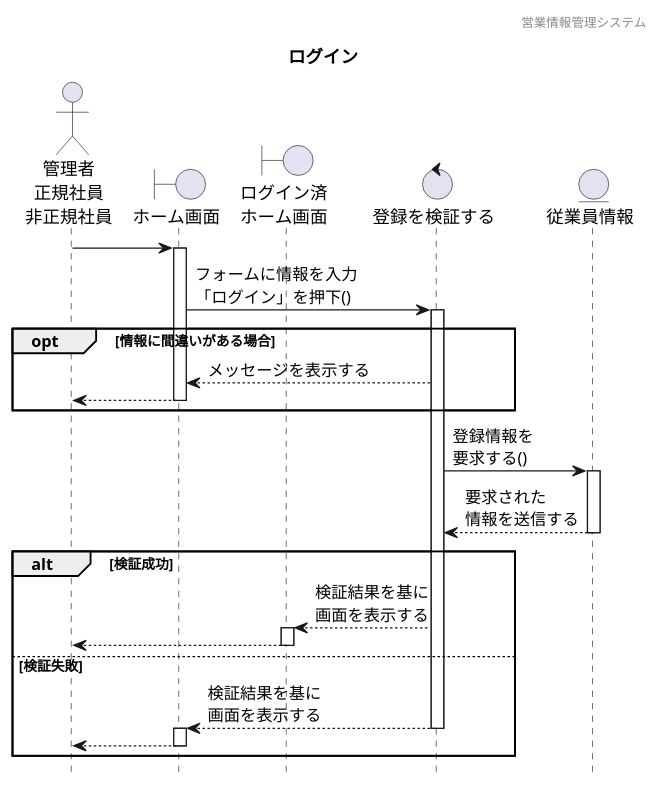
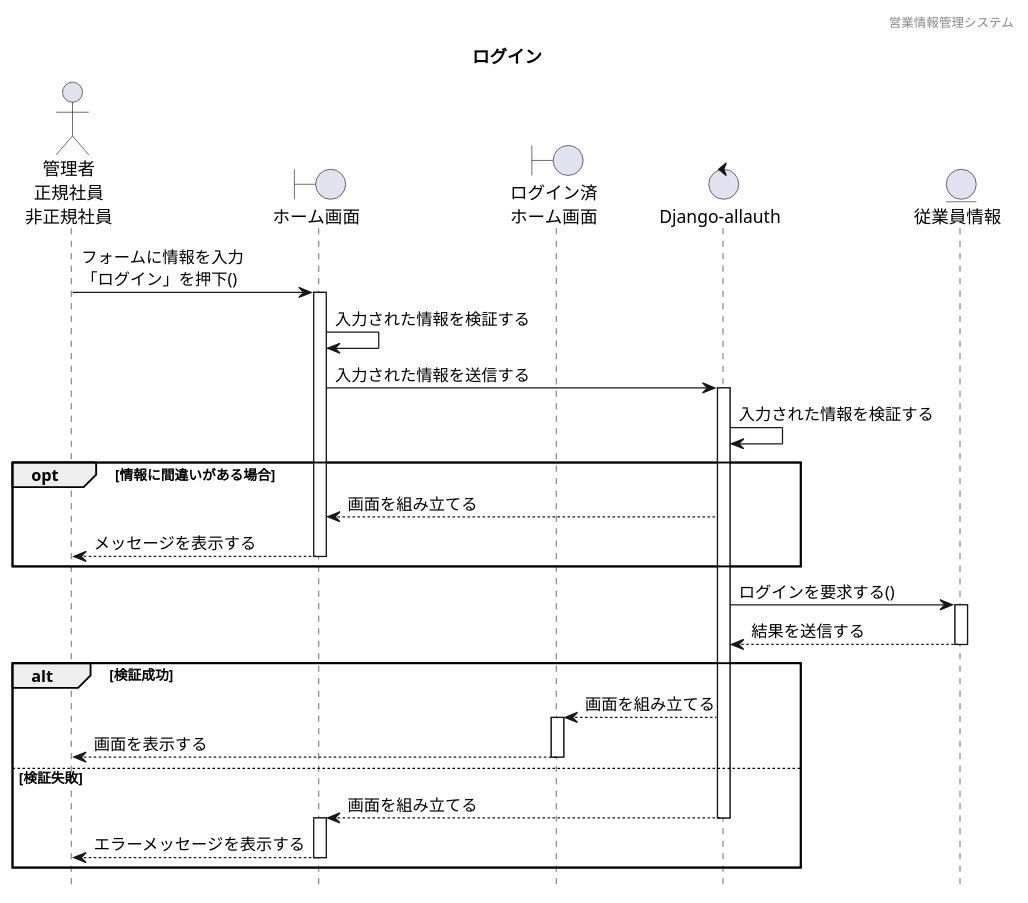
One commit to HaruShim/Sotuken changed the diagram in 各種設計書/4シーケンス図/人事情報管理/4.ログイン/ログイン.plantuml. Above: the diagram before and after it, drawn with PlantUML. The commit also changed 3 other files, not shown here.

```diff
--- a/各種設計書/4シーケンス図/人事情報管理/4.ログイン/ログイン.plantuml
+++ b/各種設計書/4シーケンス図/人事情報管理/4.ログイン/ログイン.plantuml
@@ -1,52 +1,54 @@
 @startuml ../../images/ログイン/ログイン
 
 hide footbox
 header 営業情報管理システム
 title ログイン
 
 ' actor "" as 
 actor "管理者\n正規社員\n非正規社員" as a1
 
 ' boundary "" as
 boundary "ホーム画面" as b1
 boundary "ログイン済\nホーム画面" as b2
 
 ' control "" as 
-control "登録を検証する" as c1
+control "Django-allauth" as c1
 ' control "表示する" as c2
 
 ' entity "" as
 entity "従業員情報" as e1
 
-a1 -> b1
+a1 -> b1 : フォームに情報を入力\n「ログイン」を押下()
 activate b1
-b1 -> c1 : フォームに情報を入力\n「ログイン」を押下()
+b1 -> b1 : 入力された情報を検証する
+b1 -> c1 : 入力された情報を送信する
 activate c1
+c1 -> c1 : 入力された情報を検証する
 opt 情報に間違いがある場合
-c1 --> b1 : メッセージを表示する
-b1 --> a1
+c1 --> b1 : 画面を組み立てる
+b1 --> a1 : メッセージを表示する
 deactivate b1
 end
-c1 -> e1 : 登録情報を\n要求する() 
+c1 -> e1 : ログインを要求する() 
 activate e1
-e1 --> c1 : 要求された\n情報を送信する
+e1 --> c1 : 結果を送信する
 deactivate e1
 ' c1 -> c2 : 画面の表示を\n要求する()
 alt 検証成功
 ' activate c2
-c1 --> b2 : 検証結果を基に\n画面を表示する
+c1 --> b2 : 画面を組み立てる
 activate b2
-b2 --> a1
+b2 --> a1:画面を表示する
 deactivate b2
 else 検証失敗
-c1 --> b1 : 検証結果を基に\n画面を表示する
+c1 --> b1 : 画面を組み立てる
 ' deactivate c2
 deactivate c1
 activate b1
-b1 --> a1
+b1 --> a1: エラーメッセージを表示する
 deactivate b1
 end
 
 
 
 @enduml
```
